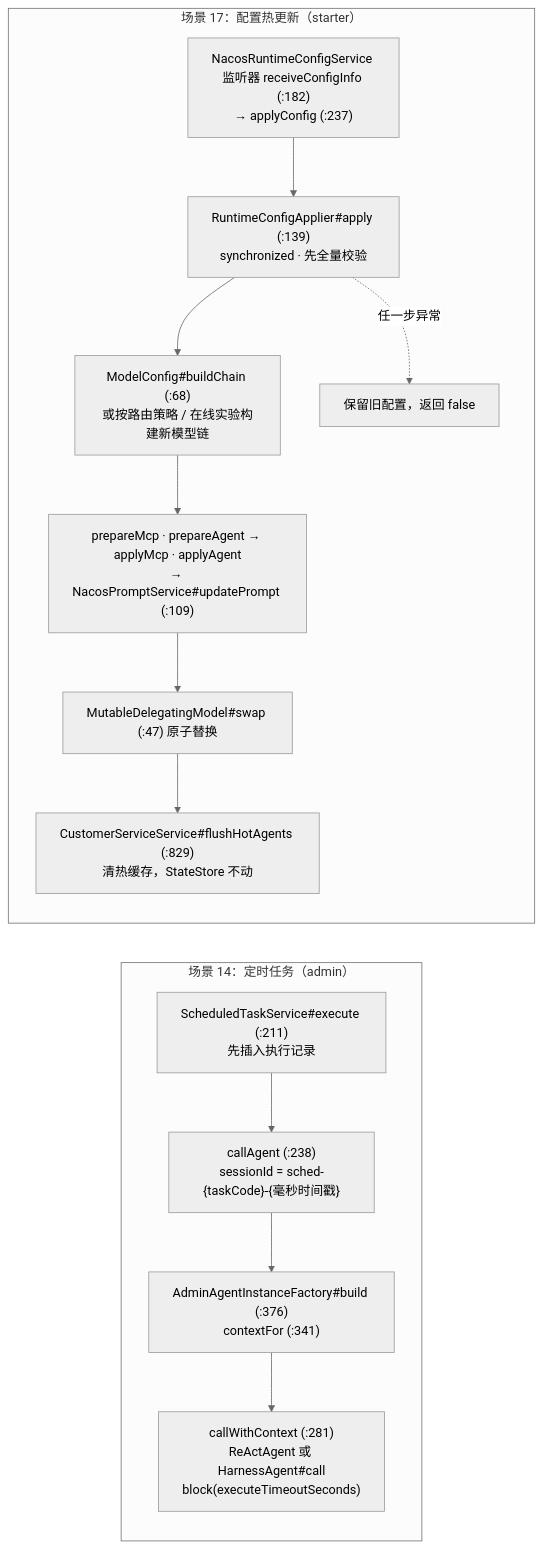
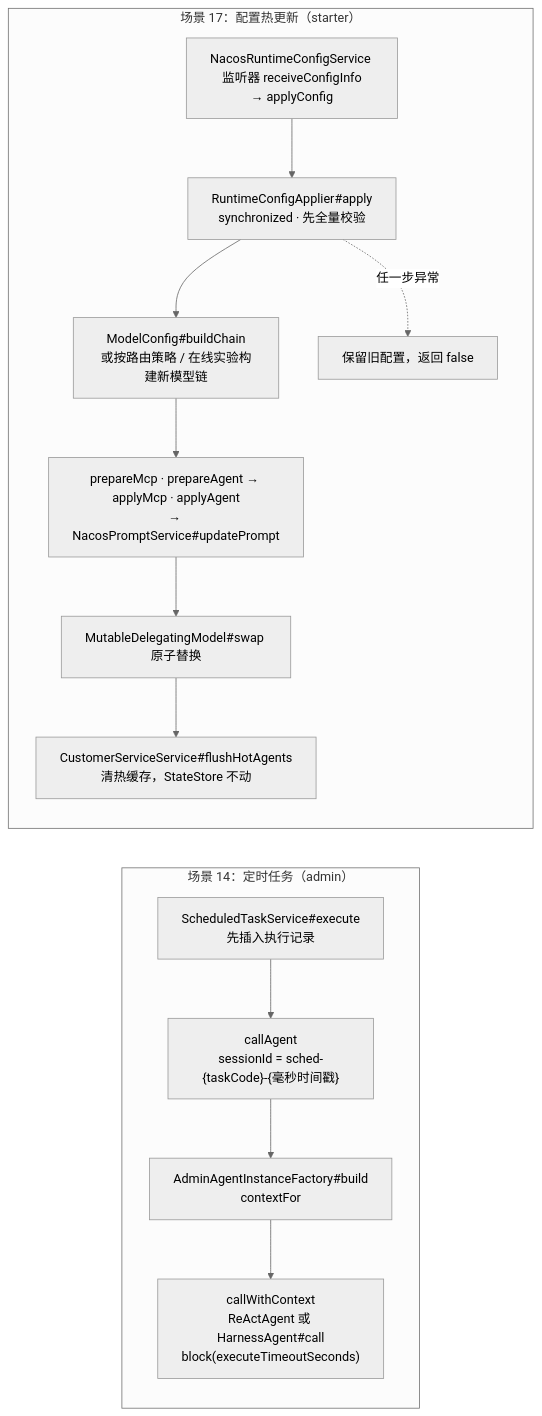
One commit to liulangjietou/AgentScope-source-analysis changed the eighth of 8 diagrams in 09-customer_work场景全景映射.md. Above: the diagram before and after it, drawn with Mermaid (neutral theme). The commit also changed other lines of this file and 13 other files, not shown here.

Commit message:
docs: align source guide and diagrams with main dcb131a3

````diff
--- a/09-customer_work场景全景映射.md
+++ b/09-customer_work场景全景映射.md
@@ -239,16 +247,16 @@
 ```mermaid
 flowchart LR
     subgraph S14["场景 14：定时任务（admin）"]
-        T1["ScheduledTaskService#execute (:211)<br/>先插入执行记录"] --> T2["callAgent (:238)<br/>sessionId = sched-{taskCode}-{毫秒时间戳}"]
-        T2 --> T3["AdminAgentInstanceFactory#build (:376)<br/>contextFor (:341)"]
-        T3 --> T4["callWithContext (:281)<br/>ReActAgent 或 HarnessAgent#call<br/>block(executeTimeoutSeconds)"]
+        T1["ScheduledTaskService#execute<br/>先插入执行记录"] --> T2["callAgent<br/>sessionId = sched-{taskCode}-{毫秒时间戳}"]
+        T2 --> T3["AdminAgentInstanceFactory#build<br/>contextFor"]
+        T3 --> T4["callWithContext<br/>ReActAgent 或 HarnessAgent#call<br/>block(executeTimeoutSeconds)"]
     end
     subgraph S17["场景 17：配置热更新（starter）"]
-        H1["NacosRuntimeConfigService 监听器 receiveConfigInfo (:182)<br/>→ applyConfig (:237)"] --> H2["RuntimeConfigApplier#apply (:139)<br/>synchronized · 先全量校验"]
-        H2 --> H3["ModelConfig#buildChain (:68)<br/>或按路由策略 / 在线实验构建新模型链"]
-        H3 --> H4["prepareMcp · prepareAgent → applyMcp · applyAgent<br/>→ NacosPromptService#updatePrompt (:109)"]
-        H4 --> H5["MutableDelegatingModel#swap (:47) 原子替换"]
-        H5 --> H6["CustomerServiceService#flushHotAgents (:829)<br/>清热缓存，StateStore 不动"]
+        H1["NacosRuntimeConfigService 监听器 receiveConfigInfo<br/>→ applyConfig"] --> H2["RuntimeConfigApplier#apply<br/>synchronized · 先全量校验"]
+        H2 --> H3["ModelConfig#buildChain<br/>或按路由策略 / 在线实验构建新模型链"]
+        H3 --> H4["prepareMcp · prepareAgent → applyMcp · applyAgent<br/>→ NacosPromptService#updatePrompt"]
+        H4 --> H5["MutableDelegatingModel#swap 原子替换"]
+        H5 --> H6["CustomerServiceService#flushHotAgents<br/>清热缓存，StateStore 不动"]
         H2 -.->|"任一步异常"| H7["保留旧配置，返回 false"]
     end
 ```
````
